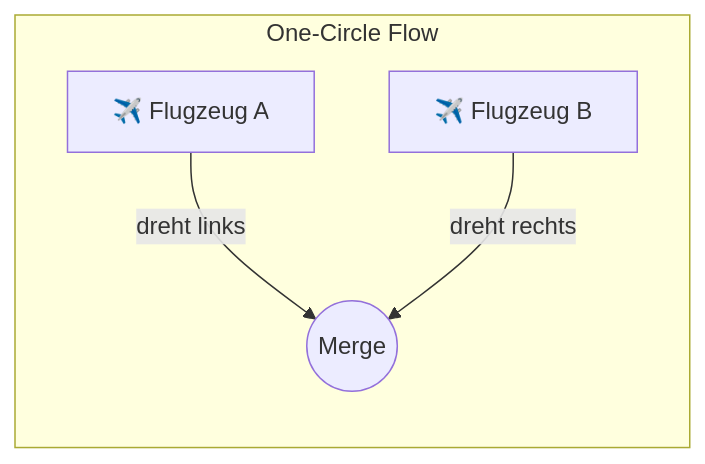
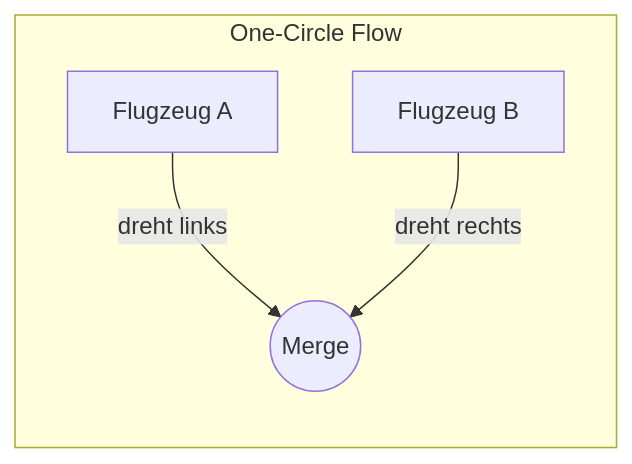
One commit to lukaio3D/VFM_Wiki changed the second of 3 diagrams in docs/grundlagen/geometrie.md. Above: the diagram before and after it, drawn with Mermaid. The commit also changed other lines of this file and 13 other files, not shown here.

````diff
--- a/docs/grundlagen/geometrie.md
+++ b/docs/grundlagen/geometrie.md
@@ -41,7 +32,7 @@
 ```mermaid
 flowchart LR
     subgraph "One-Circle Flow"
-        A2["✈️ Flugzeug A"] -->|dreht links| M2((Merge))
-        B2["✈️ Flugzeug B"] -->|dreht rechts| M2
+        A2["Flugzeug A"] -->|dreht links| M2((Merge))
+        B2["Flugzeug B"] -->|dreht rechts| M2
     end
 ```
````
